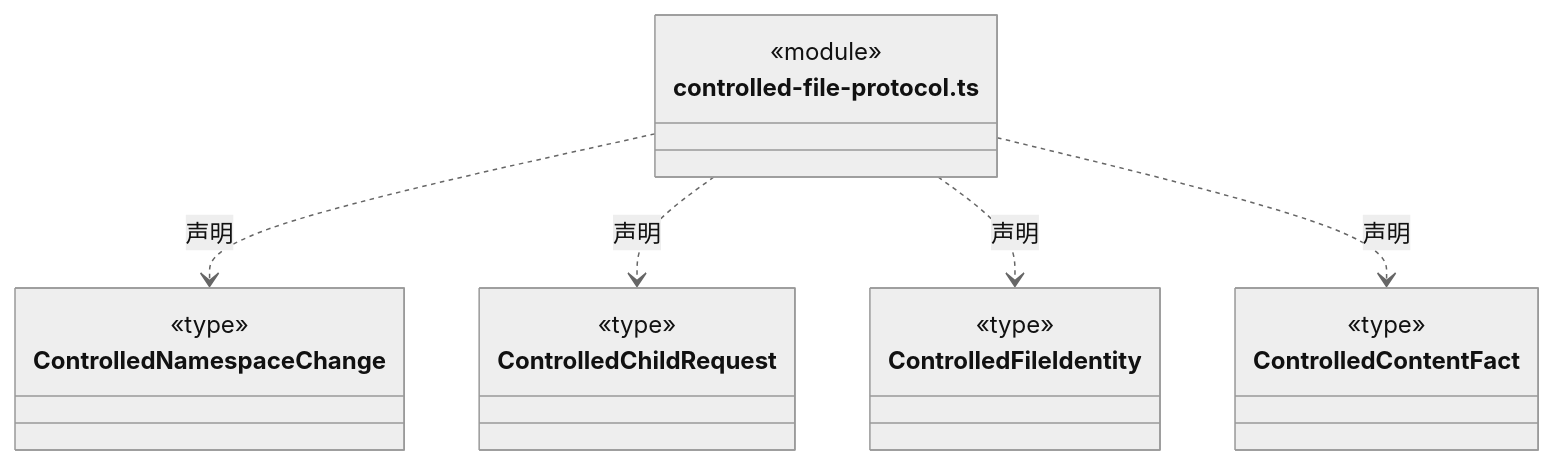
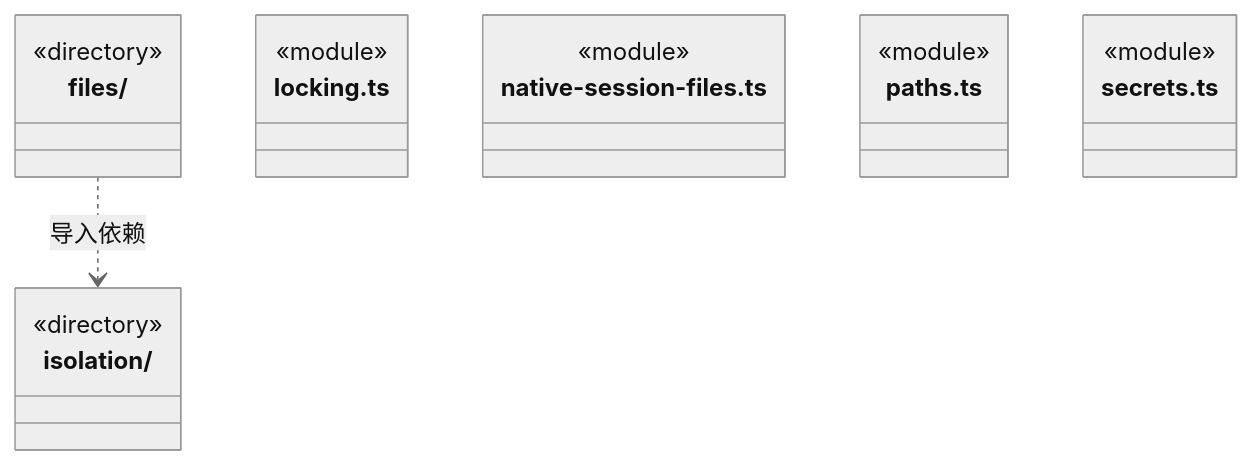
One commit to nan023062/cbim changed the first of 3 diagrams in src/backend/main/platform/ARCHITECTURE.md. Above: the diagram before and after it, drawn with Mermaid (neutral theme). The commit also changed other lines of this file and 971 other files, not shown here.

First line of the commit message:
refactor: align backend source layout with V&B module boundaries

````diff
--- a/src/backend/main/platform/ARCHITECTURE.md
+++ b/src/backend/main/platform/ARCHITECTURE.md
@@ -103,26 +22,22 @@
 ```mermaid
 classDiagram
-class N_src_backend_main_platform_controlled_file_protocol_ts["controlled-file-protocol.ts"] {
+class N_src_backend_main_platform_files["files/"] {
+  <<directory>>
+}
+class N_src_backend_main_platform_isolation["isolation/"] {
+  <<directory>>
+}
+class N_src_backend_main_platform_locking_ts["locking.ts"] {
   <<module>>
 }
-class N_src_backend_main_platform_controlled_file_protocol_ts_ControlledNamespaceChange["ControlledNamespaceChange"] {
-  <<type>>
-
+class N_src_backend_main_platform_native_session_files_ts["native-session-files.ts"] {
+  <<module>>
 }
-N_src_backend_main_platform_controlled_file_protocol_ts ..> N_src_backend_main_platform_controlled_file_protocol_ts_ControlledNamespaceChange : 声明
-class N_src_backend_main_platform_controlled_file_protocol_ts_ControlledChildRequest["ControlledChildRequest"] {
-  <<type>>
-
+class N_src_backend_main_platform_paths_ts["paths.ts"] {
+  <<module>>
 }
-N_src_backend_main_platform_controlled_file_protocol_ts ..> N_src_backend_main_platform_controlled_file_protocol_ts_ControlledChildRequest : 声明
-class N_src_backend_main_platform_controlled_file_protocol_ts_ControlledFileIdentity["ControlledFileIdentity"] {
-  <<type>>
-
+class N_src_backend_main_platform_secrets_ts["secrets.ts"] {
+  <<module>>
 }
-N_src_backend_main_platform_controlled_file_protocol_ts ..> N_src_backend_main_platform_controlled_file_protocol_ts_ControlledFileIdentity : 声明
-class N_src_backend_main_platform_controlled_file_protocol_ts_ControlledContentFact["ControlledContentFact"] {
-  <<type>>
-
-}
-N_src_backend_main_platform_controlled_file_protocol_ts ..> N_src_backend_main_platform_controlled_file_protocol_ts_ControlledContentFact : 声明
+N_src_backend_main_platform_files ..> N_src_backend_main_platform_isolation : 导入依赖
 ```
````
